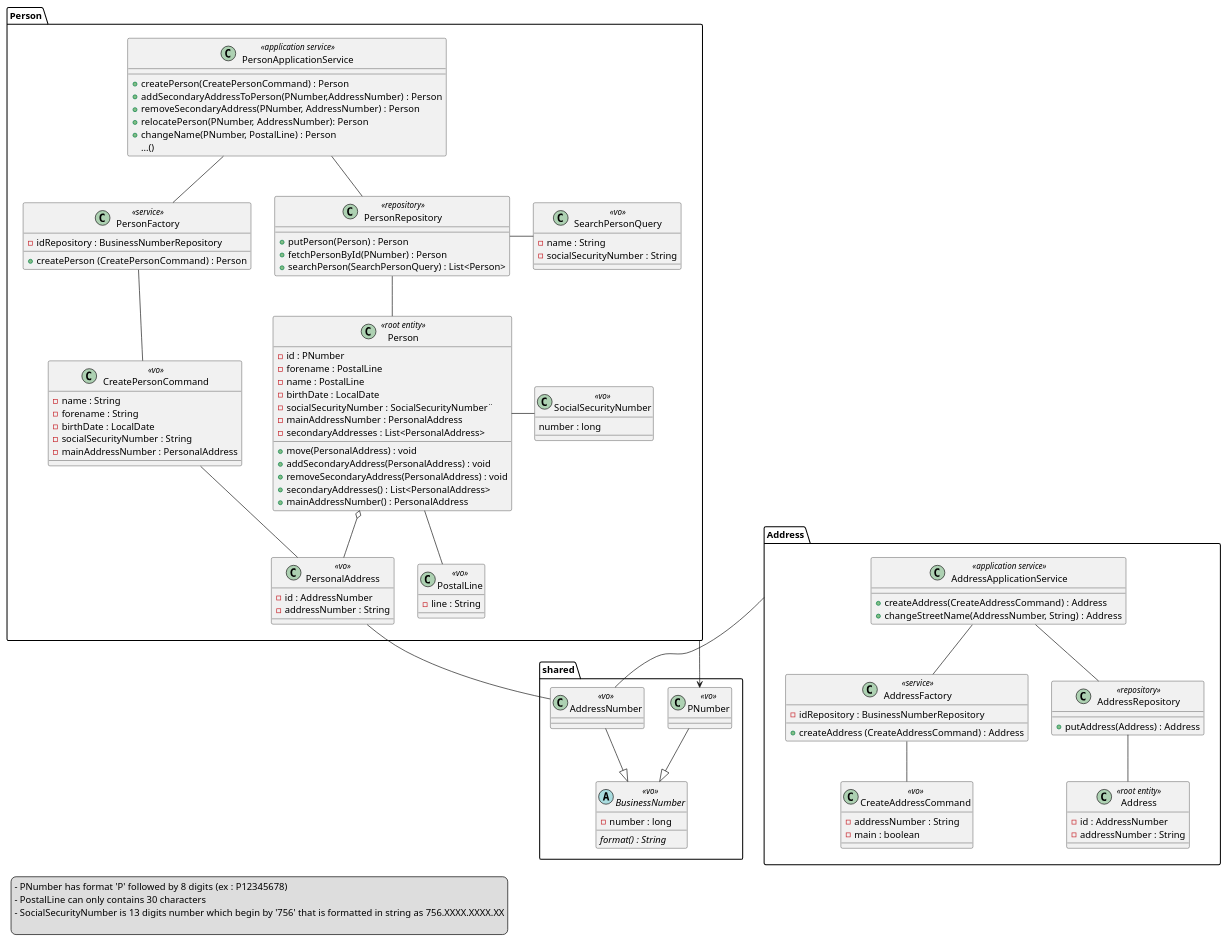
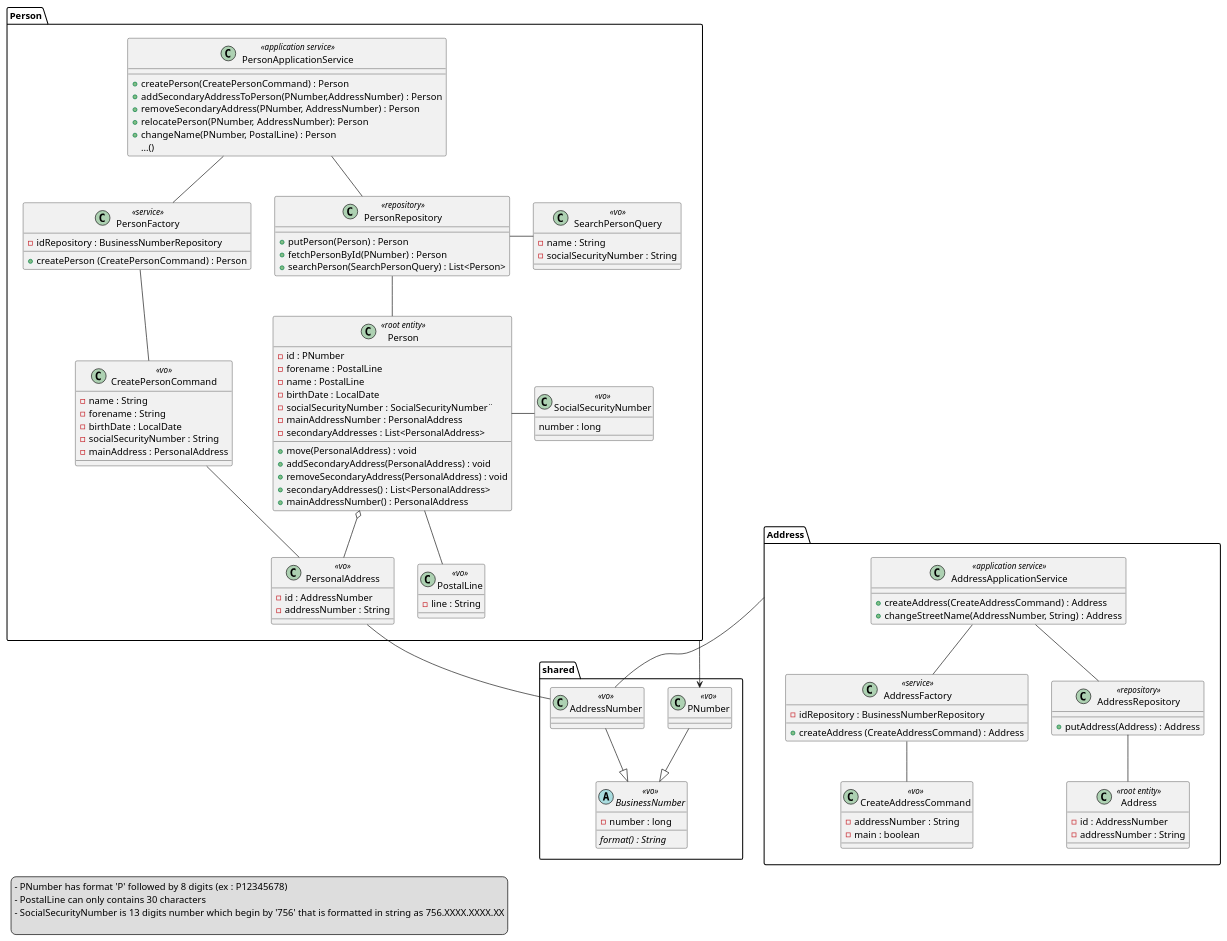
Before and after one commit to McKratt/microservice-sandbox: the diagram in person/person-domain/PersonDomainVariante.puml, drawn with PlantUML. The commit also changed 26 other files, not shown here.

```diff
--- a/person/person-domain/PersonDomainVariante.puml
+++ b/person/person-domain/PersonDomainVariante.puml
@@ -1,125 +1,125 @@
 @startuml
 package Person {
     class PersonApplicationService <<application service>> {
         + createPerson(CreatePersonCommand) : Person
         + addSecondaryAddressToPerson(PNumber,AddressNumber) : Person
         + removeSecondaryAddress(PNumber, AddressNumber) : Person
         + relocatePerson(PNumber, AddressNumber): Person
         + changeName(PNumber, PostalLine) : Person
         ...()
     }
     class PersonFactory <<service>> {
         - idRepository : BusinessNumberRepository
         + createPerson (CreatePersonCommand) : Person
     }
     class PersonRepository <<repository>> {
         + putPerson(Person) : Person
         + fetchPersonById(PNumber) : Person
         + searchPerson(SearchPersonQuery) : List<Person>
     }
     class CreatePersonCommand <<vo>> {
         - name : String
         - forename : String
         - birthDate : LocalDate
         - socialSecurityNumber : String
-        - mainAddressNumber : PersonalAddress
+        - mainAddress : PersonalAddress
     }
     class SearchPersonQuery <<vo>> {
         - name : String
         - socialSecurityNumber : String
     }
     class Person <<root entity>> {
         - id : PNumber
         - forename : PostalLine
         - name : PostalLine
         - birthDate : LocalDate
         - socialSecurityNumber : SocialSecurityNumber¨
         - mainAddressNumber : PersonalAddress
         - secondaryAddresses : List<PersonalAddress>
         + move(PersonalAddress) : void
         + addSecondaryAddress(PersonalAddress) : void
         + removeSecondaryAddress(PersonalAddress) : void
         + secondaryAddresses() : List<PersonalAddress>
         + mainAddressNumber() : PersonalAddress
     }
     class PersonalAddress <<vo>> {
         - id : AddressNumber
         - addressNumber : String
     }
     class PostalLine <<vo>> {
         - line : String
     }
     class SocialSecurityNumber <<vo>> {
         number : long
     }
     PersonApplicationService -- PersonFactory
     PersonApplicationService -- PersonRepository
 
     PersonFactory -- CreatePersonCommand
 
     PersonRepository -- Person
     PersonRepository -right- SearchPersonQuery
 
     Person -- PostalLine
     Person o-- PersonalAddress
     Person -right- SocialSecurityNumber
 
     CreatePersonCommand -- PersonalAddress
 
 }
 
 package Address {
     class AddressApplicationService <<application service>> {
         + createAddress(CreateAddressCommand) : Address
         + changeStreetName(AddressNumber, String) : Address
     }
     class AddressFactory <<service>> {
         - idRepository : BusinessNumberRepository
         + createAddress (CreateAddressCommand) : Address
     }
     class AddressRepository <<repository>> {
         + putAddress(Address) : Address
     }
     class CreateAddressCommand <<vo>> {
         - addressNumber : String
         - main : boolean
     }
     class Address <<root entity>> {
         - id : AddressNumber
         - addressNumber : String
     }
 
     AddressApplicationService -- AddressRepository
     AddressApplicationService -- AddressFactory
 
     AddressFactory -- CreateAddressCommand
 
     AddressRepository -- Address
 }
 
 package shared {
     class AddressNumber <<vo>>
     class PNumber <<vo>>
 
     abstract BusinessNumber <<vo>> {
         - number : long
         {abstract} format() : String
     }
 
     PNumber --|> BusinessNumber
     
     AddressNumber --|> BusinessNumber
 }
 
 Address -- AddressNumber
 PersonalAddress -- AddressNumber
 Person -> PNumber
 
 legend left
 - PNumber has format 'P' followed by 8 digits (ex : P12345678)
 - PostalLine can only contains 30 characters
 - SocialSecurityNumber is 13 digits number which begin by '756' that is formatted in string as 756.XXXX.XXXX.XX
 
 end legend
 
 @enduml
```
